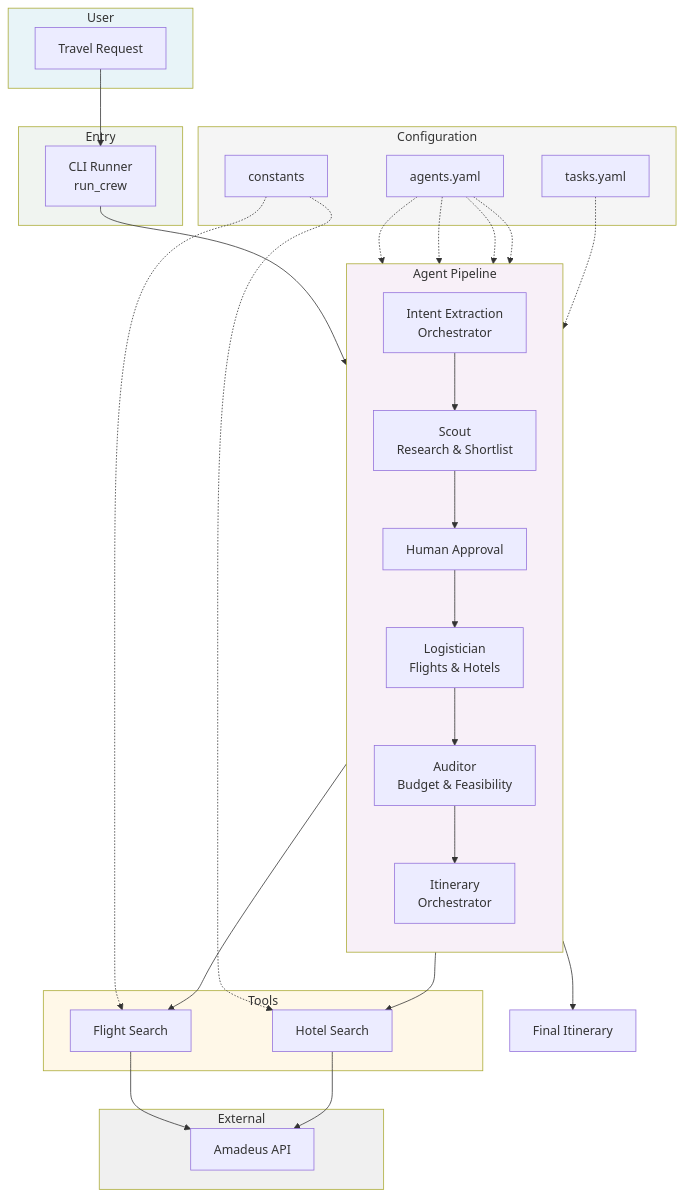
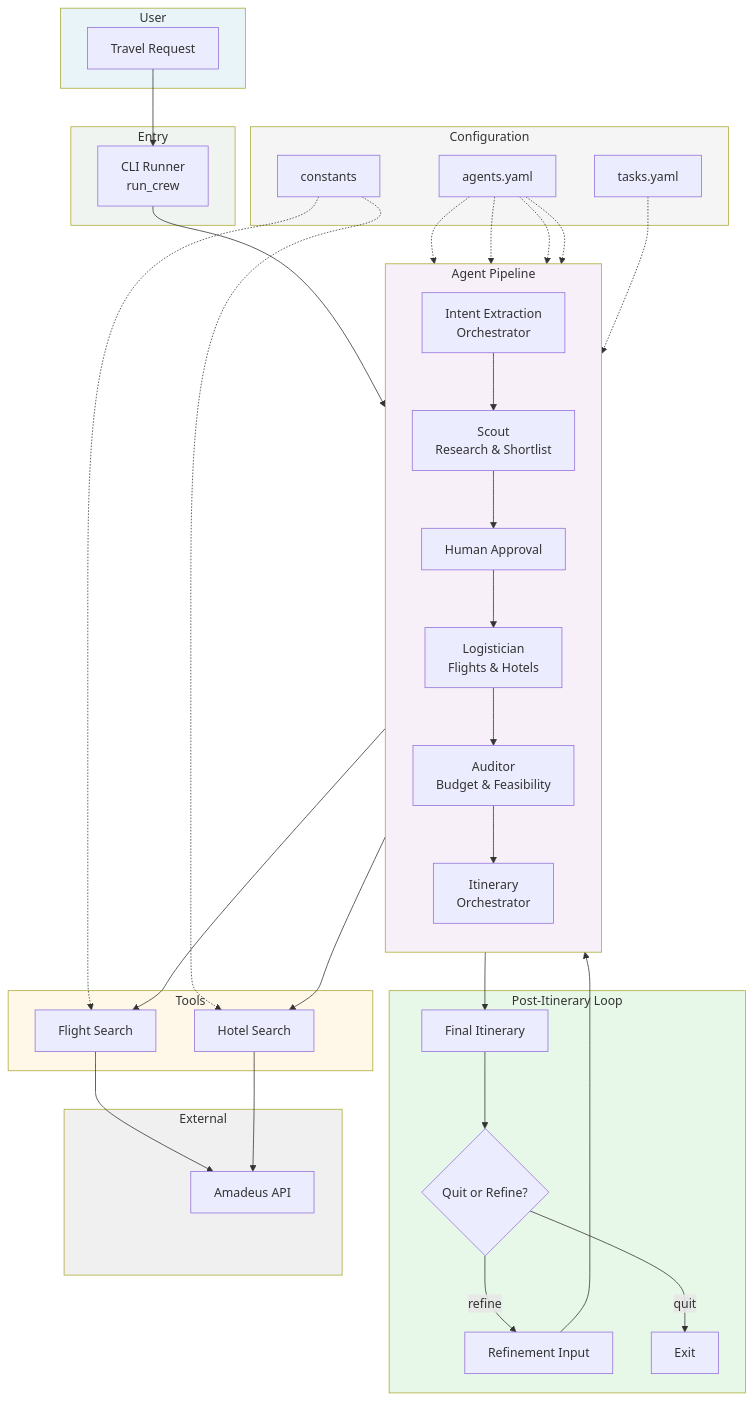
Before and after one commit to Jaysanghani08/Agentic-AI-Travel-Planning: the diagram in architecture.mmd, drawn with Mermaid. The commit also changed 1 other file, not shown here.

Commit message:
Implement post-itinerary refinement loop in Travel Agent System
- Enhanced the architecture diagram to include the post-itinerary quit/refine loop, improving visualization of user interactions.
- Added new prompts and handling for user choices regarding itinerary refinement or quitting in run_crew.py, facilitating a more interactive experience.
- Integrated logic for re-running logistics and audit phases based on user input, ensuring a dynamic itinerary adjustment process.

```diff
--- a/architecture.mmd
+++ b/architecture.mmd
@@ -1,65 +1,78 @@
 %% Travel Agent System - High-Level Architecture
-%% Mermaid diagram: main components only. Render in any Mermaid-compatible viewer.
+%% Mermaid diagram: main components and post-itinerary quit/refine loop.
 
 flowchart TB
     subgraph User["User"]
         U[Travel Request]
     end
 
     subgraph Entry["Entry"]
         CLI[CLI Runner\nrun_crew]
     end
 
     subgraph Pipeline["Agent Pipeline"]
         direction TB
         IE[Intent Extraction\nOrchestrator]
         SC[Scout\nResearch & Shortlist]
         HITL[Human Approval]
         LG[Logistician\nFlights & Hotels]
         AU[Auditor\nBudget & Feasibility]
         IT[Itinerary\nOrchestrator]
+    end
+
+    subgraph PostItinerary["Post-Itinerary Loop"]
+        OUT[Final Itinerary]
+        QuitRefine{Quit or Refine?}
+        RefineInput[Refinement Input]
+        ExitNode[Exit]
     end
 
     subgraph Tools["Tools"]
         FT[Flight Search]
         HT[Hotel Search]
     end
 
     subgraph External["External"]
         AM[Amadeus API]
     end
 
     subgraph Config["Configuration"]
         AY[agents.yaml]
         TY[tasks.yaml]
         CX[constants]
     end
 
     U --> CLI
     CLI --> IE
     IE --> SC
     SC --> HITL
     HITL --> LG
     LG --> AU
     AU --> IT
-    IT --> OUT[Final Itinerary]
+    IT --> OUT
+
+    OUT --> QuitRefine
+    QuitRefine -->|quit| ExitNode
+    QuitRefine -->|refine| RefineInput
+    RefineInput --> LG
 
     LG --> FT
     LG --> HT
     FT --> AM
     HT --> AM
 
     AY -.-> IE
     AY -.-> SC
     AY -.-> LG
     AY -.-> AU
     TY -.-> Pipeline
     CX -.-> FT
     CX -.-> HT
 
     style User fill:#e8f4f8
     style Entry fill:#f0f4f0
     style Pipeline fill:#f8f0f8
+    style PostItinerary fill:#e8f8e8
     style Tools fill:#fff8e8
     style External fill:#f0f0f0
     style Config fill:#f5f5f5
```
